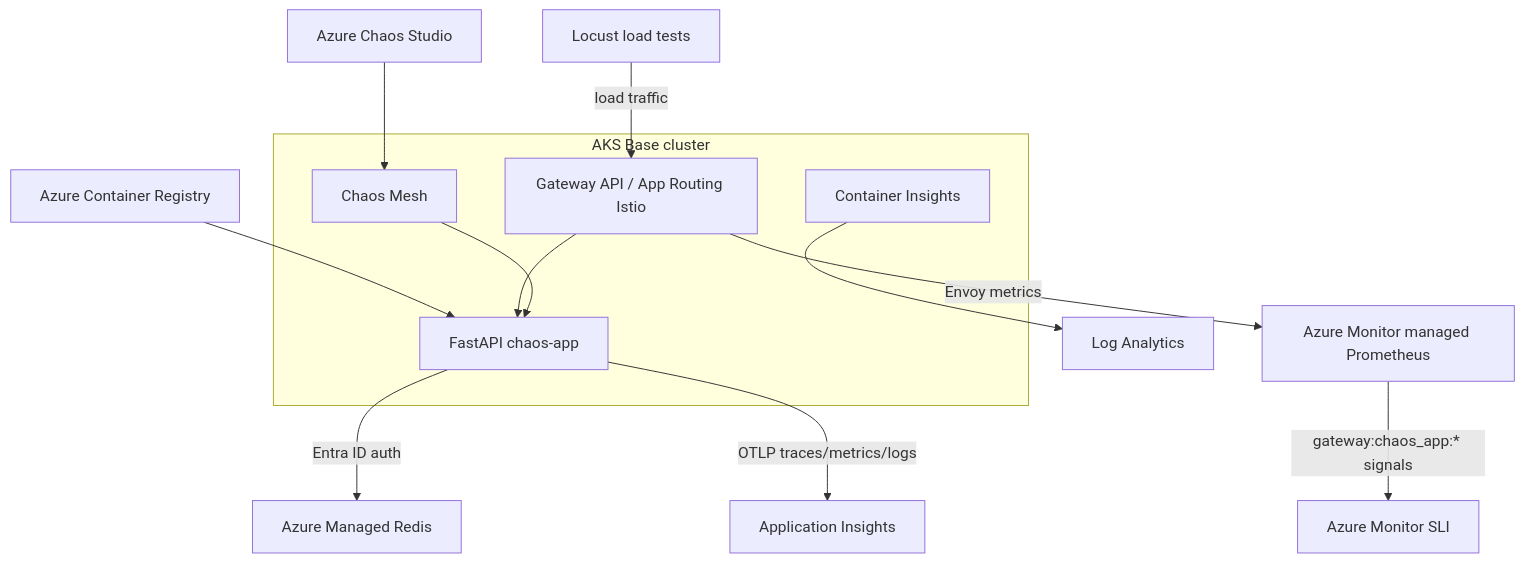
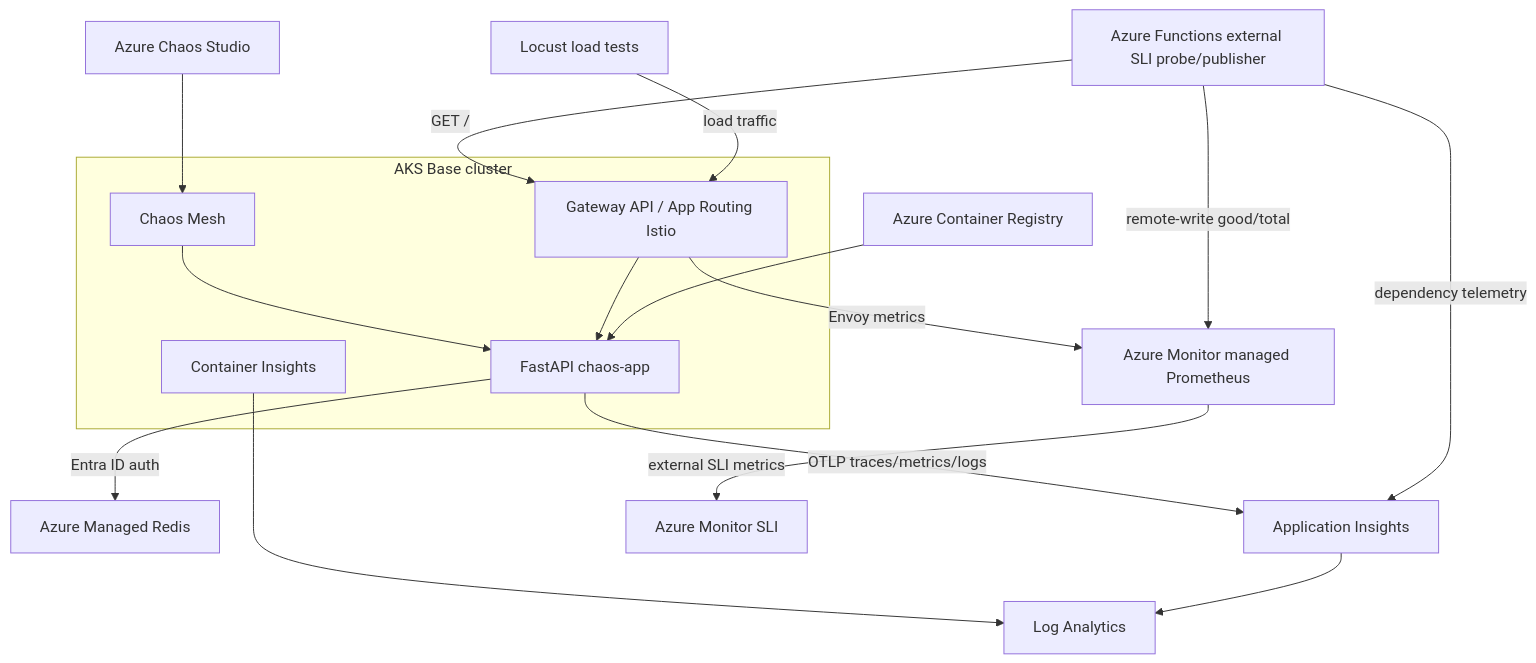
The diagram in README.md (torumakabe/aks-chaos-lab), drawn with Mermaid before and after one commit. The commit also changed other lines of this file and 75 other files, not shown here.

First line of the commit message:
feat: add external SLI direct probe

````diff
--- a/README.md
+++ b/README.md
@@ -16,29 +16,34 @@
 ```mermaid
 graph TD
   ACR[Azure Container Registry]
   Redis[Azure Managed Redis]
   AppInsights[Application Insights]
+  Publisher[Azure Functions external SLI probe/publisher]
   Prom[Azure Monitor managed Prometheus]
   SLI[Azure Monitor SLI]
   LA[Log Analytics]
   CS[Azure Chaos Studio]
   Locust[Locust load tests]
 
   subgraph AKS[AKS Base cluster]
     GW[Gateway API / App Routing Istio]
     App[FastAPI chaos-app]
     CM[Chaos Mesh]
     CI[Container Insights]
   end
 
   ACR --> App
   Locust -->|load traffic| GW
+  Publisher -->|GET /| GW
+  Publisher -->|dependency telemetry| AppInsights
   GW --> App
   App -->|Entra ID auth| Redis
   App -->|OTLP traces/metrics/logs| AppInsights
+  AppInsights --> LA
+  Publisher -->|remote-write good/total| Prom
   GW -->|Envoy metrics| Prom
-  Prom -->|gateway:chaos_app:* signals| SLI
+  Prom -->|external SLI metrics| SLI
   CI --> LA
   CS --> CM
   CM --> App
 ```
````
